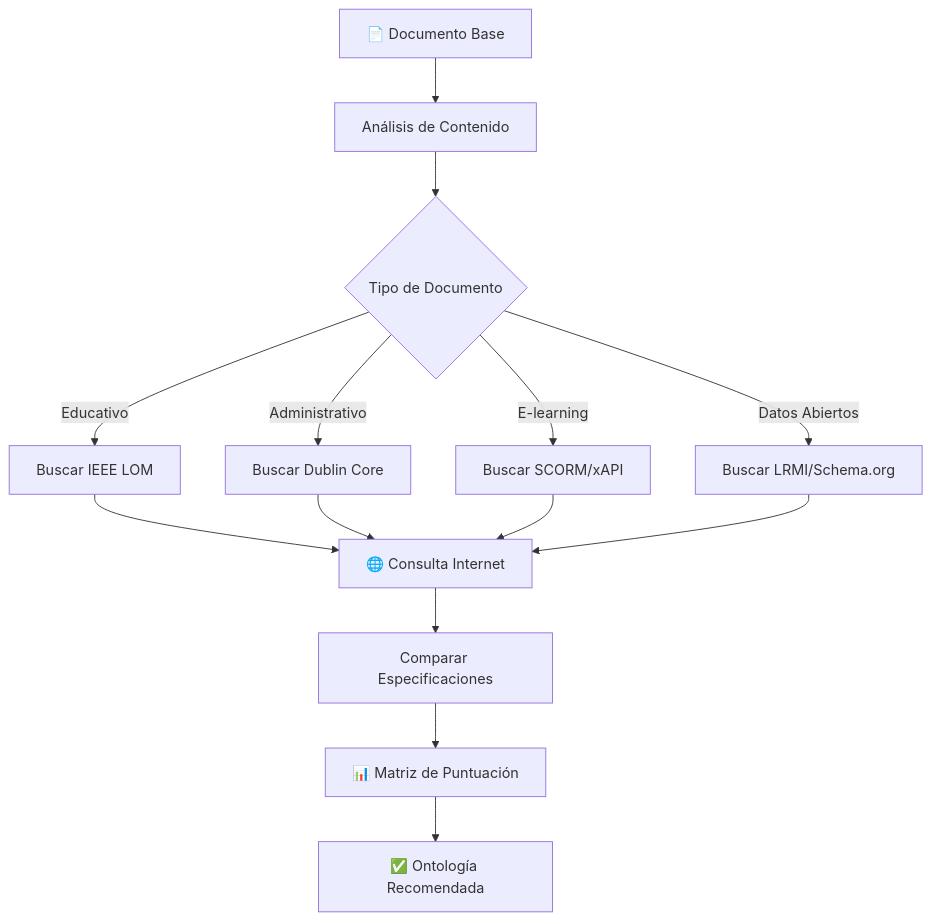
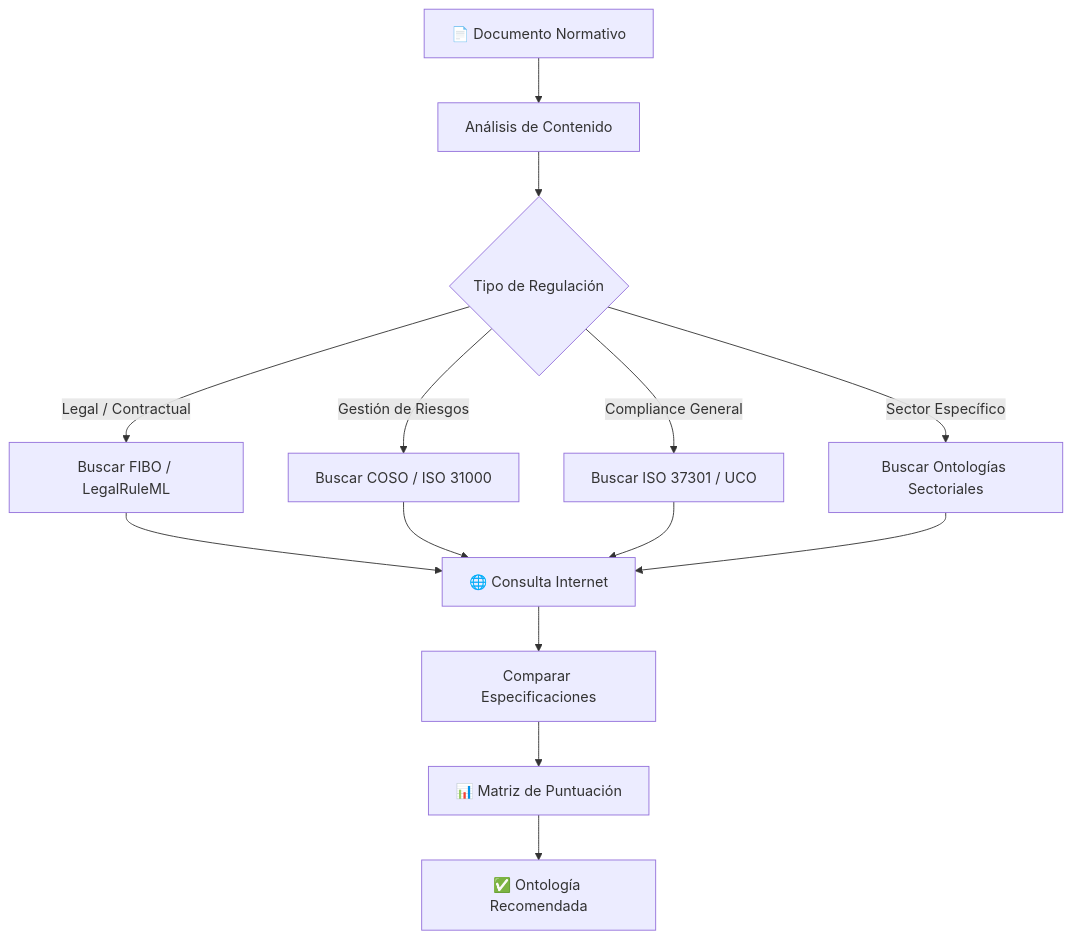
One commit to dracero/rubricas changed the diagram in .agent/skills/SKILL.md. Above: the diagram before and after it, drawn with Mermaid. The commit also changed other lines of this file and 2614 other files, not shown here.

````diff
--- a/.agent/skills/SKILL.md
+++ b/.agent/skills/SKILL.md
@@ -15,16 +15,16 @@
 ```mermaid
 flowchart TD
-    A[📄 Documento Base] --> B[Análisis de Contenido]
-    B --> C{Tipo de Documento}
-    C -->|Educativo| D[Buscar IEEE LOM]
-    C -->|Administrativo| E[Buscar Dublin Core]
-    C -->|E-learning| F[Buscar SCORM/xAPI]
-    C -->|Datos Abiertos| G[Buscar LRMI/Schema.org]
+    A[📄 Documento Normativo] --> B[Análisis de Contenido]
+    B --> C{Tipo de Regulación}
+    C -->|Legal / Contractual| D[Buscar FIBO / LegalRuleML]
+    C -->|Gestión de Riesgos| E[Buscar COSO / ISO 31000]
+    C -->|Compliance General| F[Buscar ISO 37301 / UCO]
+    C -->|Sector Específico| G[Buscar Ontologías Sectoriales]
     D --> H[🌐 Consulta Internet]
     E --> H
     F --> H
     G --> H
     H --> I[Comparar Especificaciones]
     I --> J[📊 Matriz de Puntuación]
     J --> K[✅ Ontología Recomendada]
 ```
````
